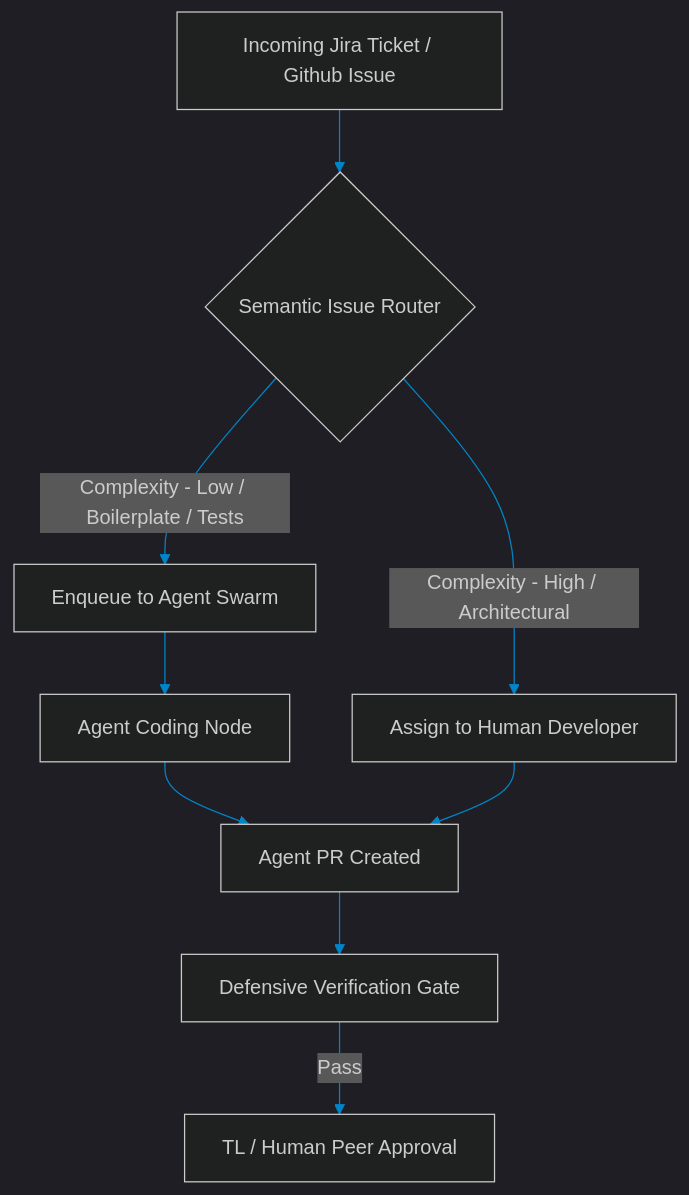
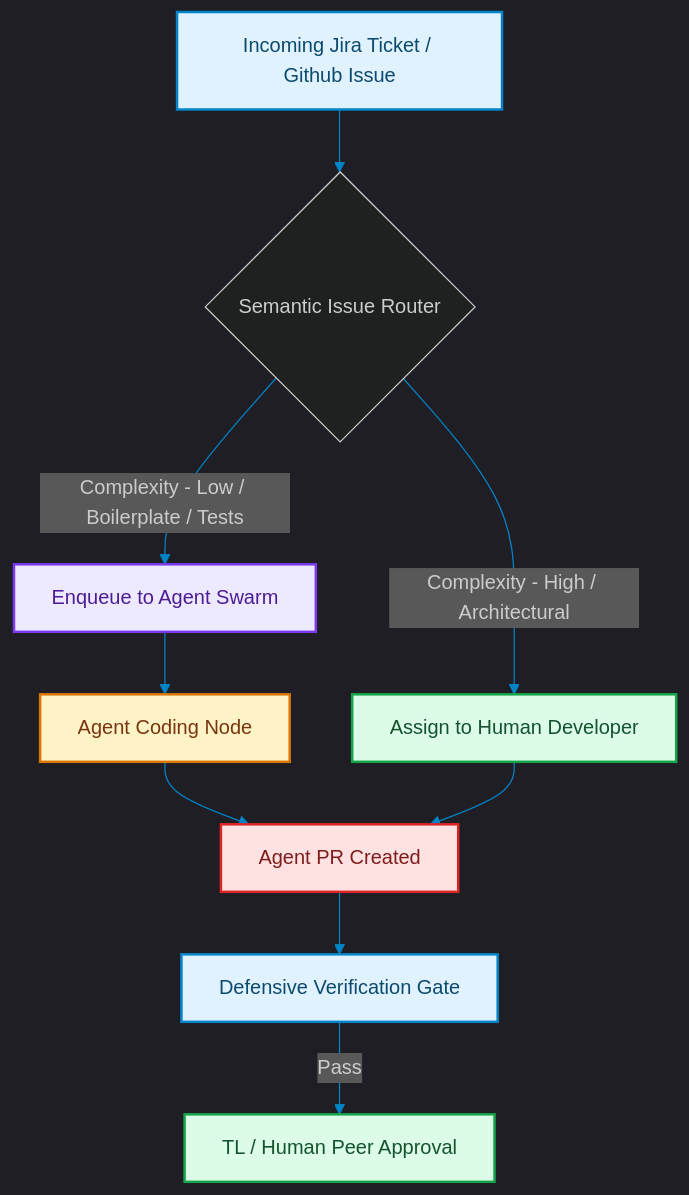
One commit to akmalkhaniub/akmalkhaniub.github.io changed the diagram in blog/posts/team-lead-sprints-for-swarms-hybrid-teams.md. Above: the diagram before and after it, drawn with Mermaid. The commit also changed other lines of this file and 1291 other files, not shown here.

First line of the commit message:
feat(catalog): unique covers, scholarly references, and diagram palettes

````diff
--- a/blog/posts/team-lead-sprints-for-swarms-hybrid-teams.md
+++ b/blog/posts/team-lead-sprints-for-swarms-hybrid-teams.md
@@ -17,14 +17,25 @@
 ```mermaid
 %%{init: {'theme': 'dark', 'themeVariables': { 'primaryColor': '#0284c7', 'primaryTextColor': '#f3f4f6', 'primaryBorderColor': '#38bdf8', 'lineColor': '#0284c7', 'secondaryColor': '#111827', 'tertiaryColor': '#0b0f19'}}}%%
 flowchart TD
-    Issue[Incoming Jira Ticket / Github Issue] --> Router{Semantic Issue Router}
+    Issue["Incoming Jira Ticket / Github Issue"] --> Router{Semantic Issue Router}
     
-    Router -->|Complexity - High / Architectural| Human[Assign to Human Developer]
-    Router -->|Complexity - Low / Boilerplate / Tests| AgentQueue[Enqueue to Agent Swarm]
+    Router -->|Complexity - High / Architectural| Human["Assign to Human Developer"]
+    Router -->|Complexity - Low / Boilerplate / Tests| AgentQueue["Enqueue to Agent Swarm"]
     
-    AgentQueue --> AgentWorker[Agent Coding Node]
-    AgentWorker --> PR[Agent PR Created]
-    PR --> AutoVerify[Defensive Verification Gate]
-    AutoVerify -->|Pass| HumanReview[TL / Human Peer Approval]
+    AgentQueue --> AgentWorker["Agent Coding Node"]
+    AgentWorker --> PR["Agent PR Created"]
+    PR --> AutoVerify["Defensive Verification Gate"]
+    AutoVerify -->|Pass| HumanReview["TL / Human Peer Approval"]
     Human --> PR
+
+classDef green fill:#dcfce7,stroke:#16a34a,stroke-width:2px,color:#14532d;
+classDef red fill:#fee2e2,stroke:#dc2626,stroke-width:2px,color:#7f1d1d;
+classDef blue fill:#e0f2fe,stroke:#0284c7,stroke-width:2px,color:#0c4a6e;
+classDef yellow fill:#fef3c7,stroke:#d97706,stroke-width:2px,color:#78350f;
+classDef purple fill:#ede9fe,stroke:#7c3aed,stroke-width:2px,color:#4c1d95;
+class Issue,AutoVerify blue
+class Human,HumanReview green
+class AgentQueue purple
+class AgentWorker yellow
+class PR red
 ```
````
